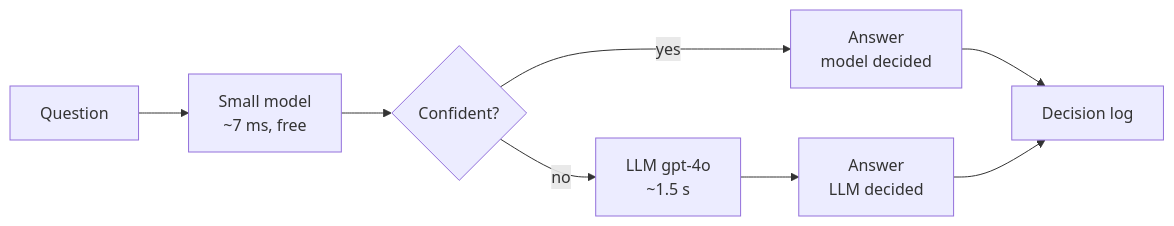
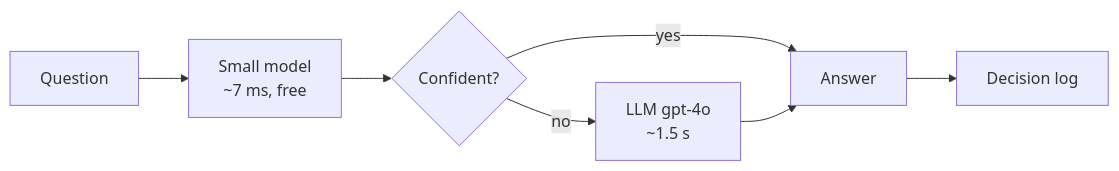
One commit to saramamatha19/AetherionPrism changed the first of 7 diagrams in README.md. Above: the diagram before and after it, drawn with Mermaid. The commit also changed other lines of this file and 1 other file, not shown here.

````diff
--- a/README.md
+++ b/README.md
@@ -10,8 +7,7 @@
 ```mermaid
 flowchart LR
     Q["Question"] --> M["Small model<br/>~7 ms, free"] --> G{"Confident?"}
-    G -- yes --> A["Answer<br/>model decided"]
-    G -- no --> L["LLM gpt-4o<br/>~1.5 s"] --> B["Answer<br/>LLM decided"]
+    G -- yes --> A["Answer"]
+    G -- no --> L["LLM gpt-4o<br/>~1.5 s"] --> A
     A --> R["Decision log"]
-    B --> R
 ```
````
